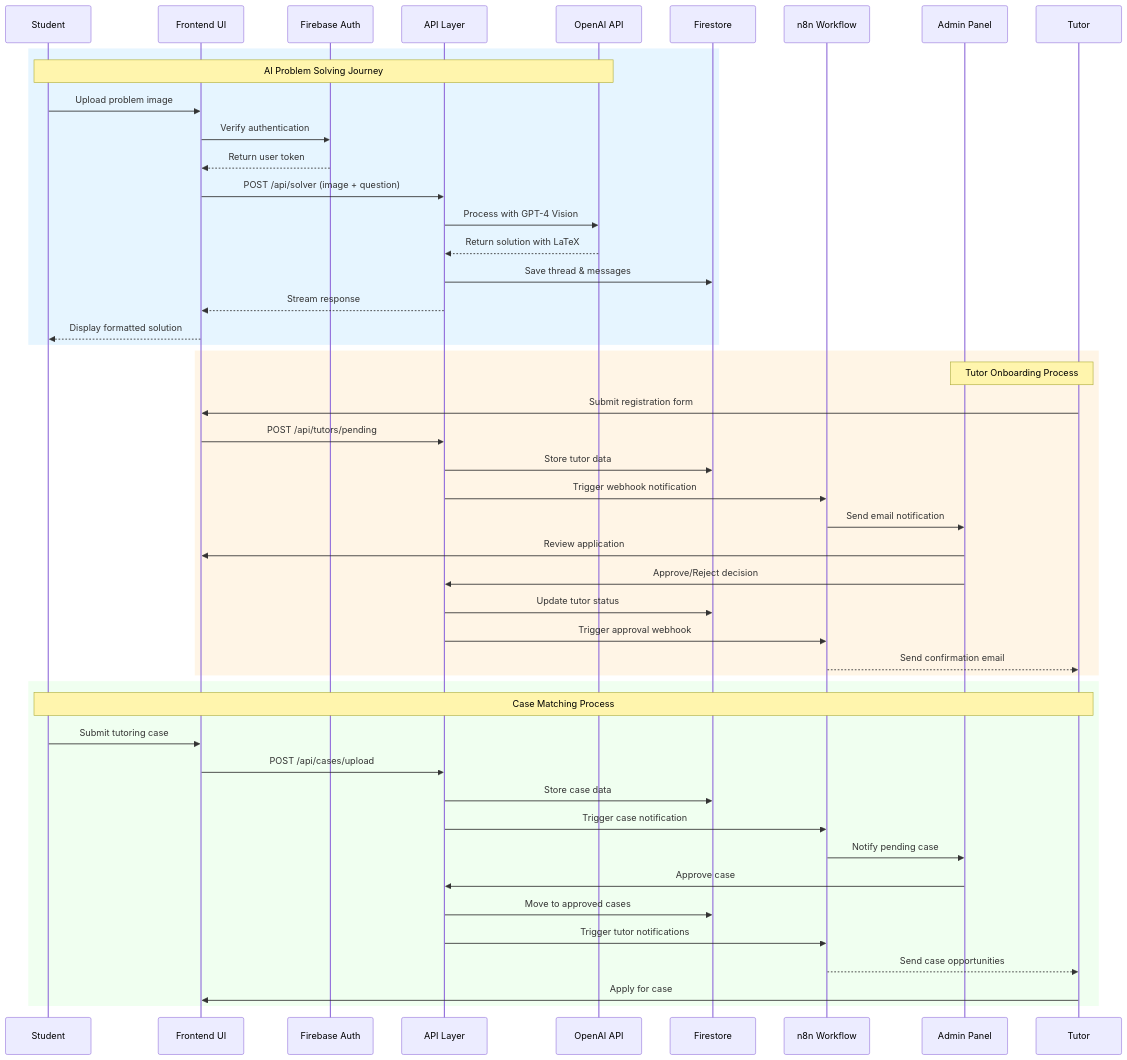
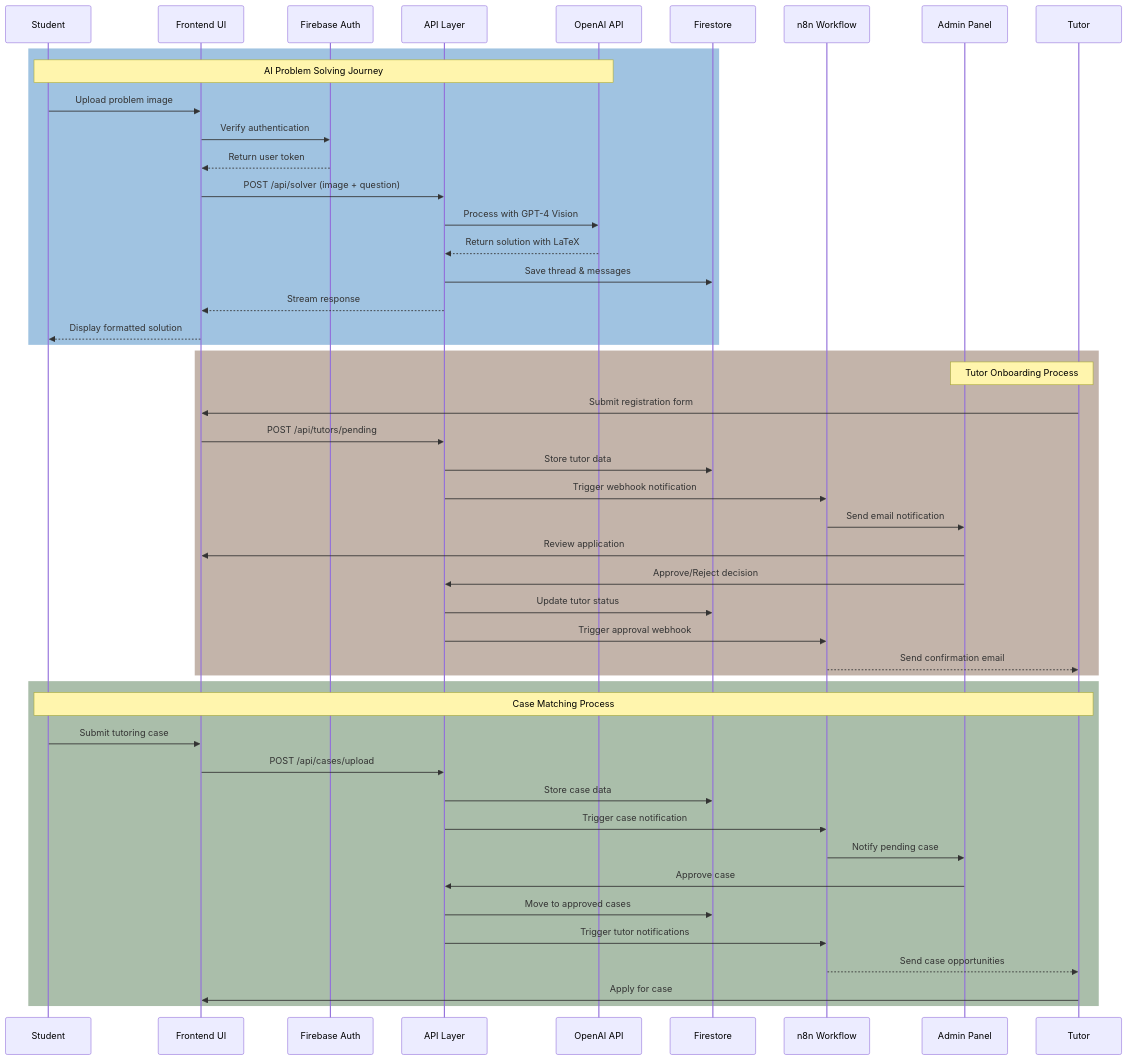
One commit to eason034056/tutor-matching changed the fourth of 4 diagrams in README.md. Above: the diagram before and after it, drawn with Mermaid. The commit also changed other lines of this file, not shown here.

````diff
--- a/README.md
+++ b/README.md
@@ -192,56 +170,56 @@
 ```mermaid
 sequenceDiagram
     participant S as Student
     participant UI as Frontend UI
     participant Auth as Firebase Auth
     participant API as API Layer
     participant AI as OpenAI API
     participant DB as Firestore
     participant N8N as n8n Workflow
     participant Admin as Admin Panel
     participant Tutor as Tutor
 
     %% AI Solver Flow
-    rect rgb(230, 245, 255)
+    rect rgb(160, 195, 225)
         Note over S,AI: AI Problem Solving Journey
         S->>UI: Upload problem image
         UI->>Auth: Verify authentication
         Auth-->>UI: Return user token
         UI->>API: POST /api/solver (image + question)
         API->>AI: Process with GPT-4 Vision
         AI-->>API: Return solution with LaTeX
         API->>DB: Save thread & messages
         API-->>UI: Stream response
         UI-->>S: Display formatted solution
     end
 
     %% Tutor Registration Flow  
-    rect rgb(255, 245, 230)
+    rect rgb(195, 180, 170)
         Note over Tutor,Admin: Tutor Onboarding Process
         Tutor->>UI: Submit registration form
         UI->>API: POST /api/tutors/pending
         API->>DB: Store tutor data
         API->>N8N: Trigger webhook notification
         N8N->>Admin: Send email notification
         Admin->>UI: Review application
         Admin->>API: Approve/Reject decision
         API->>DB: Update tutor status
         API->>N8N: Trigger approval webhook
         N8N-->>Tutor: Send confirmation email
     end
 
     %% Case Matching Flow
-    rect rgb(240, 255, 240)
+    rect rgb(170, 190, 170)
         Note over S,Tutor: Case Matching Process
         S->>UI: Submit tutoring case
         UI->>API: POST /api/cases/upload
         API->>DB: Store case data
         API->>N8N: Trigger case notification
         N8N->>Admin: Notify pending case
         Admin->>API: Approve case
         API->>DB: Move to approved cases
         API->>N8N: Trigger tutor notifications
         N8N-->>Tutor: Send case opportunities
         Tutor->>UI: Apply for case
     end
 ```
````
